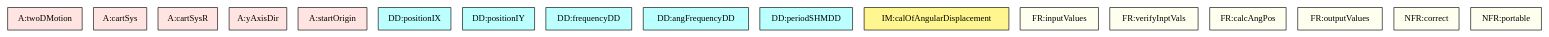
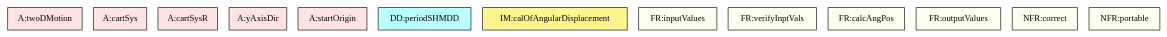
The diagram in code/stable/sglpend/TraceyGraph/avsall.dot (JacquesCarette/Drasil), drawn with Graphviz before and after one commit. The commit also changed 46 other files, not shown here.

```diff
--- a/code/stable/sglpend/TraceyGraph/avsall.dot
+++ b/code/stable/sglpend/TraceyGraph/avsall.dot
@@ -1,69 +1,69 @@
 digraph avsall {
 
 
 	twoDMotion	[shape=box, color=black, style=filled, fillcolor=mistyrose, label="A:twoDMotion"];
 	cartSys	[shape=box, color=black, style=filled, fillcolor=mistyrose, label="A:cartSys"];
 	cartSysR	[shape=box, color=black, style=filled, fillcolor=mistyrose, label="A:cartSysR"];
 	yAxisDir	[shape=box, color=black, style=filled, fillcolor=mistyrose, label="A:yAxisDir"];
 	startOrigin	[shape=box, color=black, style=filled, fillcolor=mistyrose, label="A:startOrigin"];
 
 	subgraph A {
 	rank="same"
 	{twoDMotion, cartSys, cartSysR, yAxisDir, startOrigin}
 	}
 
-	ixPos	[shape=box, color=black, style=filled, fillcolor=paleturquoise1, label="DD:positionIX"];
-	iyPos	[shape=box, color=black, style=filled, fillcolor=paleturquoise1, label="DD:positionIY"];
-	frequency	[shape=box, color=black, style=filled, fillcolor=paleturquoise1, label="DD:frequencyDD"];
-	angularFrequency	[shape=box, color=black, style=filled, fillcolor=paleturquoise1, label="DD:angFrequencyDD"];
-	period	[shape=box, color=black, style=filled, fillcolor=paleturquoise1, label="DD:periodSHMDD"];
+	dataDefn:ixPos	[shape=box, color=black, style=filled, fillcolor=paleturquoise1, label="DD:positionIX"];
+	dataDefn:iyPos	[shape=box, color=black, style=filled, fillcolor=paleturquoise1, label="DD:positionIY"];
+	dataDefn:frequency	[shape=box, color=black, style=filled, fillcolor=paleturquoise1, label="DD:frequencyDD"];
+	dataDefn:angularFrequency	[shape=box, color=black, style=filled, fillcolor=paleturquoise1, label="DD:angFrequencyDD"];
+	dataDefn:period	[shape=box, color=black, style=filled, fillcolor=paleturquoise1, label="DD:periodSHMDD"];
 
 	subgraph DD {
 	rank="same"
-	{ixPos, iyPos, frequency, angularFrequency, period}
+	{dataDefn:ixPos, dataDefn:iyPos, dataDefn:frequency, dataDefn:angularFrequency, dataDefn:period}
 	}
 
 	theory:accelerationTM	[shape=box, color=black, style=filled, fillcolor=pink, label="TM:acceleration"];
 	theory:velocityTM	[shape=box, color=black, style=filled, fillcolor=pink, label="TM:velocity"];
 	theory:newtonSL	[shape=box, color=black, style=filled, fillcolor=pink, label="TM:NewtonSecLawMot"];
 	theory:newtonSLR	[shape=box, color=black, style=filled, fillcolor=pink, label="TM:NewtonSecLawRotMot"];
 
 	subgraph TM {
 	rank="same"
 	{theory:accelerationTM, theory:velocityTM, theory:newtonSL, theory:newtonSLR}
 	}
 
 	theory:xVel	[shape=box, color=black, style=filled, fillcolor=palegreen, label="GD:velocityIX"];
 	theory:yVel	[shape=box, color=black, style=filled, fillcolor=palegreen, label="GD:velocityIY"];
 	theory:xScalAcc	[shape=box, color=black, style=filled, fillcolor=palegreen, label="GD:accelerationIX"];
 	theory:yScalAcc	[shape=box, color=black, style=filled, fillcolor=palegreen, label="GD:accelerationIY"];
 	theory:hForceOnPendulum	[shape=box, color=black, style=filled, fillcolor=palegreen, label="GD:hForceOnPendulum"];
 	theory:vForceOnPendulum	[shape=box, color=black, style=filled, fillcolor=palegreen, label="GD:vForceOnPendulum"];
 	theory:angFrequencyGD	[shape=box, color=black, style=filled, fillcolor=palegreen, label="GD:angFrequencyGD"];
 	theory:periodPendGD	[shape=box, color=black, style=filled, fillcolor=palegreen, label="GD:periodPend"];
 
 	subgraph GD {
 	rank="same"
 	{theory:xVel, theory:yVel, theory:xScalAcc, theory:yScalAcc, theory:hForceOnPendulum, theory:vForceOnPendulum, theory:angFrequencyGD, theory:periodPendGD}
 	}
 
 	theory:angularDisplacementIM	[shape=box, color=black, style=filled, fillcolor=khaki1, label="IM:calOfAngularDisplacement"];
 
 	subgraph IM {
 	rank="same"
 	{theory:angularDisplacementIM}
 	}
 
 	inputValues	[shape=box, color=black, style=filled, fillcolor=ivory, label="FR:inputValues"];
 	verifyInptVals	[shape=box, color=black, style=filled, fillcolor=ivory, label="FR:verifyInptVals"];
 	calcAngPos	[shape=box, color=black, style=filled, fillcolor=ivory, label="FR:calcAngPos"];
 	outputValues	[shape=box, color=black, style=filled, fillcolor=ivory, label="FR:outputValues"];
 	correct	[shape=box, color=black, style=filled, fillcolor=ivory, label="NFR:correct"];
 	portable	[shape=box, color=black, style=filled, fillcolor=ivory, label="NFR:portable"];
 
 	subgraph FR {
 	rank="same"
 	{inputValues, verifyInptVals, calcAngPos, outputValues, correct, portable}
 	}
 
 }
```
